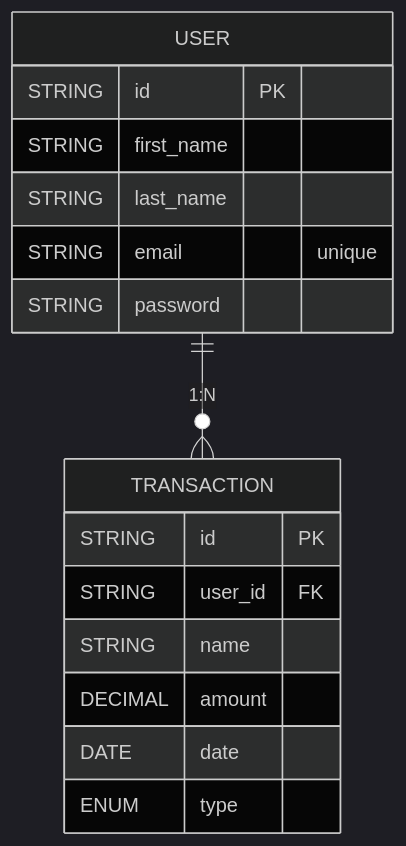
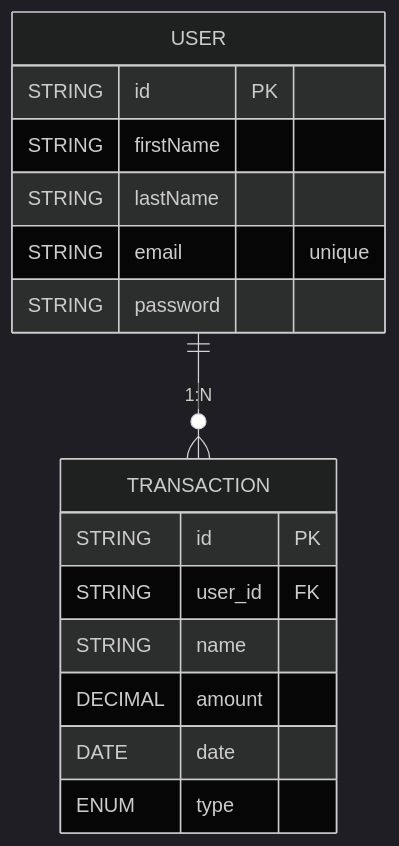
One commit to KLusvarghi/finance-api changed the second of 4 diagrams in README.md. Above: the diagram before and after it, drawn with Mermaid (dark theme).

Commit message:
refactor: update user attribute names in ER diagram for consistency and clarity

````diff
--- a/README.md
+++ b/README.md
@@ -188,19 +188,19 @@
 ```mermaid
 erDiagram
     USER {
         STRING id PK
-        STRING first_name
-        STRING last_name
+        STRING firstName
+        STRING lastName
         STRING email "unique"
         STRING password
     }
     TRANSACTION {
         STRING id PK
         STRING user_id FK
         STRING name
         DECIMAL amount
         DATE date
         ENUM type
     }
     USER ||--o{ TRANSACTION : "1:N"
 ```
````
